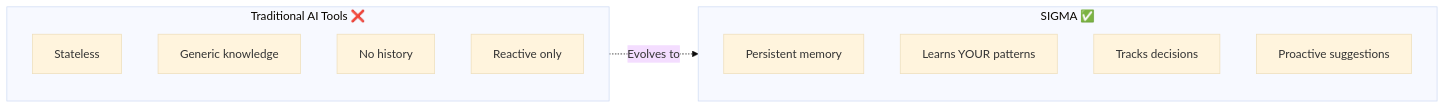
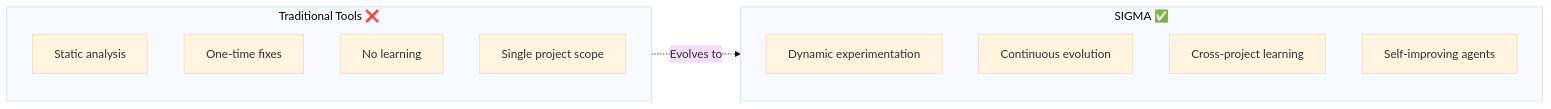
One commit to zad0xlik/sigma-evolve changed the diagram in memory-bank/projectbrief.md. Above: the diagram before and after it, drawn with Mermaid (base theme). The commit also changed other lines of this file and 41 other files, not shown here.

````diff
--- a/memory-bank/projectbrief.md
+++ b/memory-bank/projectbrief.md
@@ -17,18 +17,18 @@
 ```mermaid
 flowchart LR
-    subgraph Traditional["Traditional AI Tools ❌"]
-        T1[Stateless]
-        T2[Generic knowledge]
-        T3[No history]
-        T4[Reactive only]
+    subgraph Traditional["Traditional Tools ❌"]
+        T1[Static analysis]
+        T2[One-time fixes]
+        T3[No learning]
+        T4[Single project scope]
     end
     
     subgraph Sigma["SIGMA ✅"]
-        S1[Persistent memory]
-        S2[Learns YOUR patterns]
-        S3[Tracks decisions]
-        S4[Proactive suggestions]
+        S1[Dynamic experimentation]
+        S2[Continuous evolution]
+        S3[Cross-project learning]
+        S4[Self-improving agents]
     end
     
     Traditional -.->|Evolves to| Sigma
 ```
````
